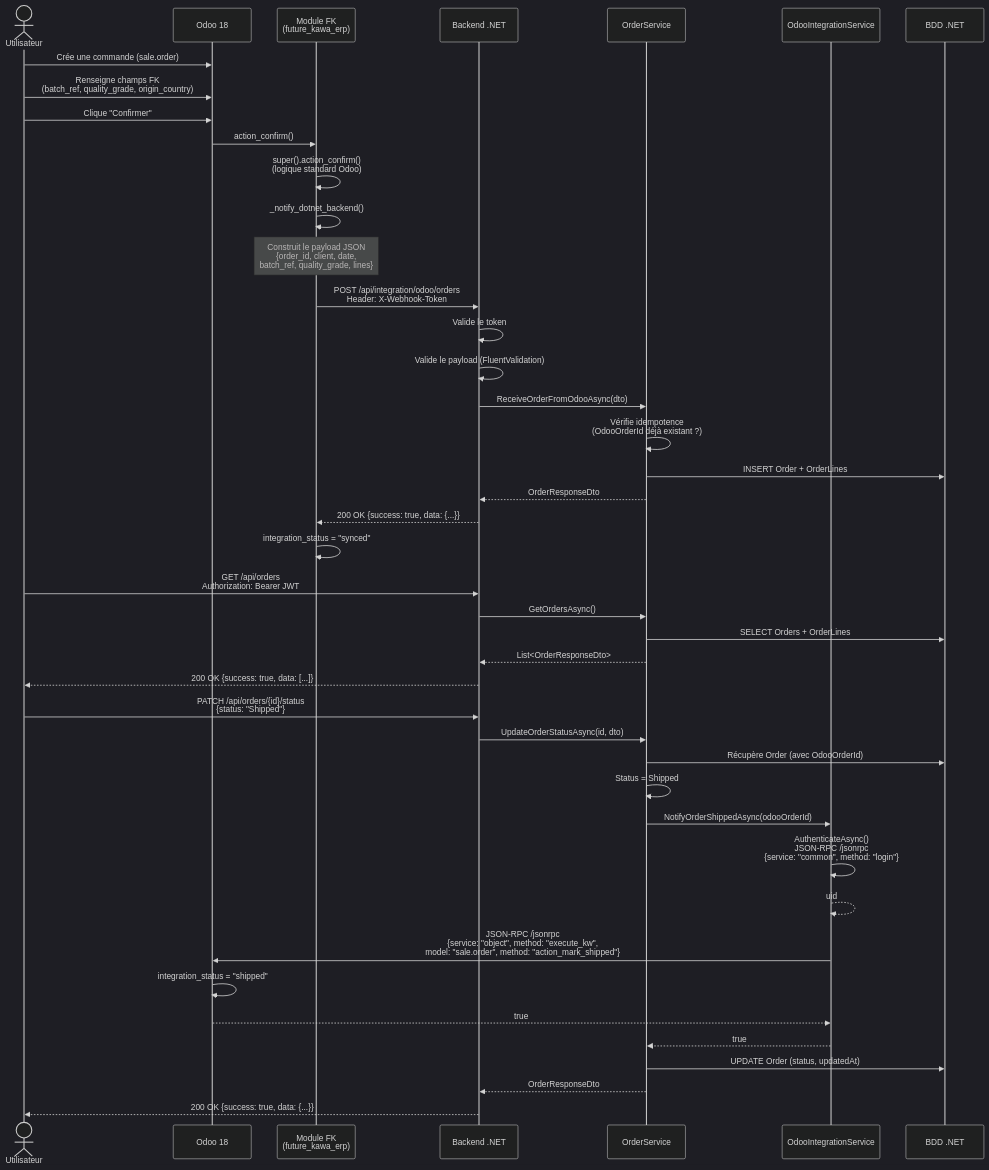
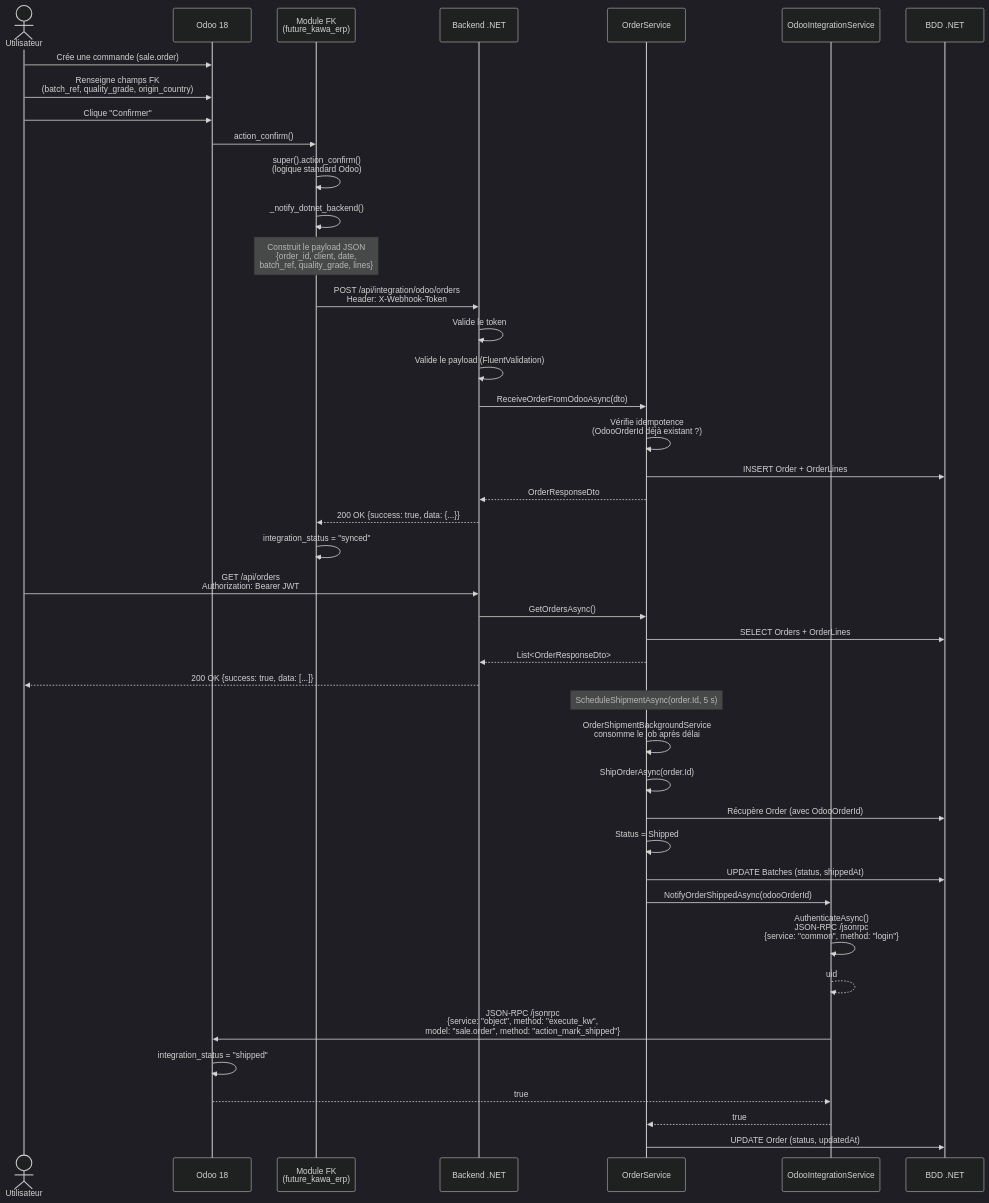
One commit to FutureKawa-Nte-G2/FutureKawa changed the diagram in Documentation/diagrammes/sequence_order_flow.md. Above: the diagram before and after it, drawn with Mermaid (dark theme). The commit also changed other lines of this file and 17 other files, not shown here.

````diff
--- a/Documentation/diagrammes/sequence_order_flow.md
+++ b/Documentation/diagrammes/sequence_order_flow.md
@@ -5,57 +5,57 @@
 ```mermaid
 sequenceDiagram
     actor U as Utilisateur
     participant O as Odoo 18
     participant M as Module FK<br/>(future_kawa_erp)
     participant API as Backend .NET
     participant SVC as OrderService
     participant ODOO as OdooIntegrationService
     participant DB as BDD .NET
 
     %% ── Étape 1 : Création de commande dans Odoo ──
     U->>O: Crée une commande (sale.order)
     U->>O: Renseigne champs FK<br/>(batch_ref, quality_grade, origin_country)
     U->>O: Clique "Confirmer"
 
     %% ── Étape 2 : Webhook Odoo → .NET ──
     O->>M: action_confirm()
     M->>M: super().action_confirm()<br/>(logique standard Odoo)
     M->>M: _notify_dotnet_backend()
     Note over M: Construit le payload JSON<br/>{order_id, client, date,<br/>batch_ref, quality_grade, lines}
     M->>API: POST /api/integration/odoo/orders<br/>Header: X-Webhook-Token
     API->>API: Valide le token
     API->>API: Valide le payload (FluentValidation)
     API->>SVC: ReceiveOrderFromOdooAsync(dto)
     SVC->>SVC: Vérifie idempotence<br/>(OdooOrderId déjà existant ?)
     SVC->>DB: INSERT Order + OrderLines
     SVC-->>API: OrderResponseDto
     API-->>M: 200 OK {success: true, data: {...}}
     M->>M: integration_status = "synced"
 
     %% ── Étape 3 : Consultation des commandes ──
     U->>API: GET /api/orders<br/>Authorization: Bearer JWT
     API->>SVC: GetOrdersAsync()
     SVC->>DB: SELECT Orders + OrderLines
     SVC-->>API: List<OrderResponseDto>
     API-->>U: 200 OK {success: true, data: [...]}
 
-    %% ── Étape 4 : Marquer comme expédiée ──
-    U->>API: PATCH /api/orders/{id}/status<br/>{status: "Shipped"}
-    API->>SVC: UpdateOrderStatusAsync(id, dto)
+    %% ── Étape 4 : Expédition automatique après 5 s ──
+    Note over SVC: ScheduleShipmentAsync(order.Id, 5 s)
+    SVC->>SVC: OrderShipmentBackgroundService<br/>consomme le job après délai
+    SVC->>SVC: ShipOrderAsync(order.Id)
     SVC->>DB: Récupère Order (avec OdooOrderId)
     SVC->>SVC: Status = Shipped
+    SVC->>DB: UPDATE Batches (status, shippedAt)
     SVC->>ODOO: NotifyOrderShippedAsync(odooOrderId)
 
     %% ── Étape 5 : JSON-RPC .NET → Odoo ──
     ODOO->>ODOO: AuthenticateAsync()<br/>JSON-RPC /jsonrpc<br/>{service: "common", method: "login"}
     ODOO-->>ODOO: uid
     ODOO->>O: JSON-RPC /jsonrpc<br/>{service: "object", method: "execute_kw",<br/>model: "sale.order", method: "action_mark_shipped"}
     O->>O: integration_status = "shipped"
     O-->>ODOO: true
     ODOO-->>SVC: true
 
     %% ── Étape 6 : Finalisation ──
     SVC->>DB: UPDATE Order (status, updatedAt)
-    SVC-->>API: OrderResponseDto
-    API-->>U: 200 OK {success: true, data: {...}}
 ```
````
